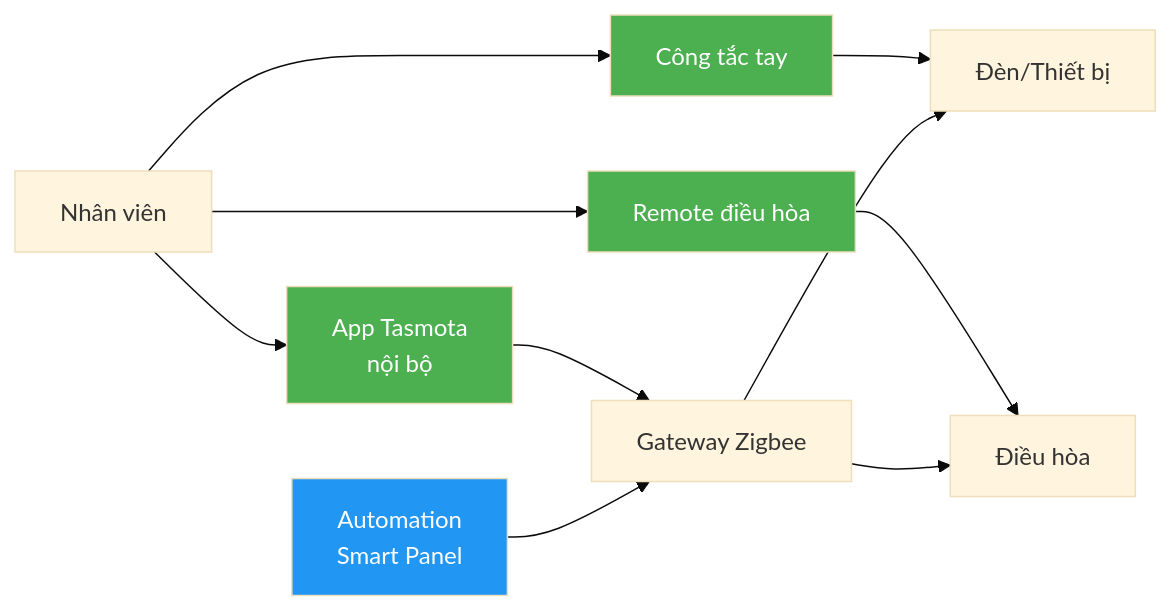
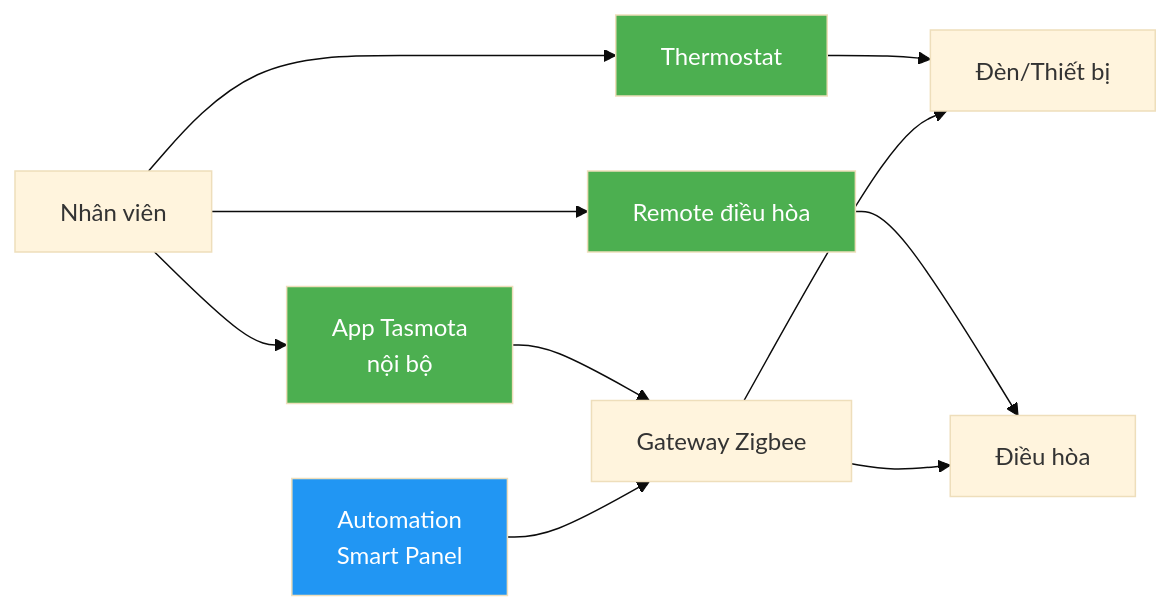
The second of 3 diagrams in slides/03-failsafe.md (huongvn/HLCFEOS), drawn with Mermaid (base theme) before and after one commit. The commit also changed other lines of this file and 1 other file, not shown here.

First line of the commit message:
fix(slides): update architecture and terminology

````diff
--- a/slides/03-failsafe.md
+++ b/slides/03-failsafe.md
@@ -53,19 +53,19 @@
 ```mermaid
 graph LR
-    A[Nhân viên] --> B[Công tắc tay]
+    A[Nhân viên] --> B[Thermostat]
     A --> C[Remote điều hòa]
     A --> D[App Tasmota<br/>nội bộ]
     
     B --> E[Đèn/Thiết bị]
     C --> F[Điều hòa]
     D --> G[Gateway Zigbee]
     G --> E
     G --> F
     
     H[Automation<br/>Smart Panel] --> G
     
     style B fill:#4CAF50,color:#fff
     style C fill:#4CAF50,color:#fff
     style D fill:#4CAF50,color:#fff
     style H fill:#2196F3,color:#fff
 ```
````
